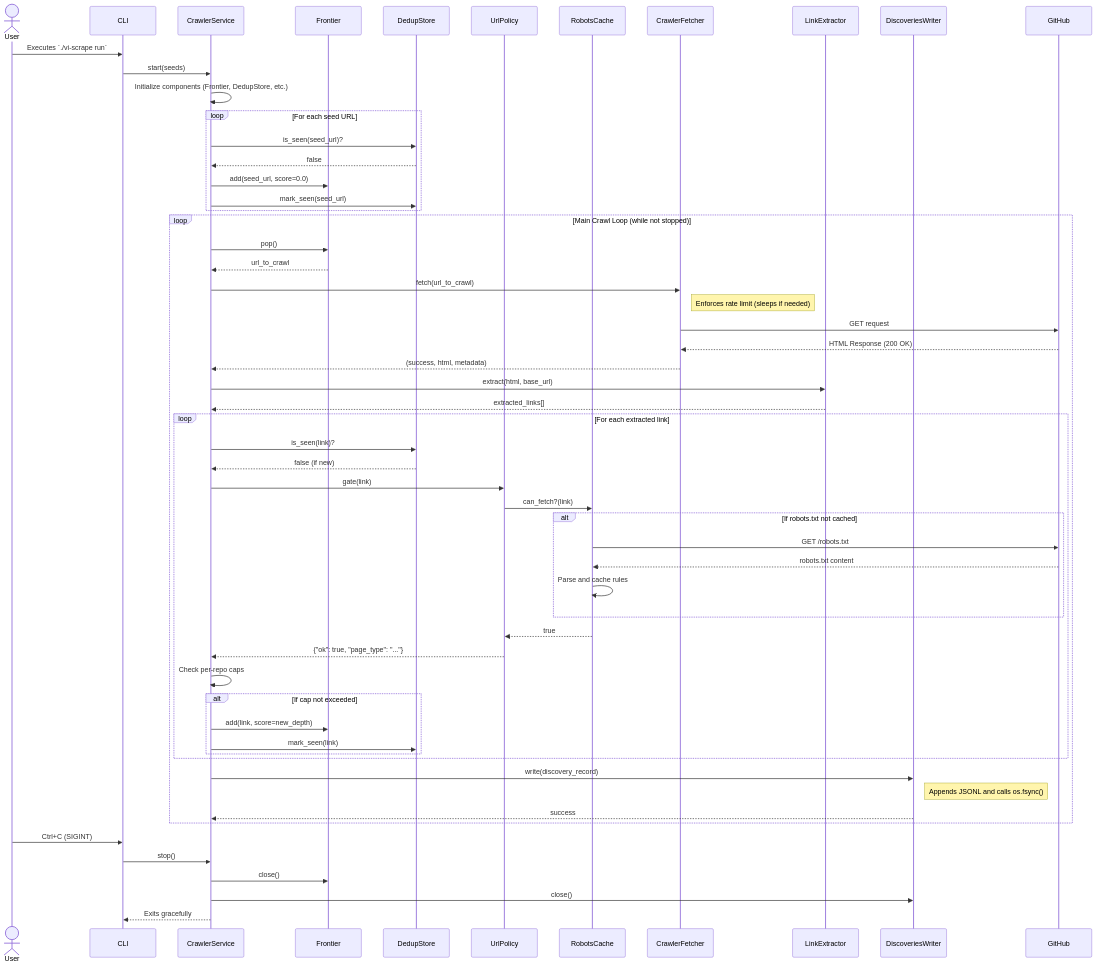
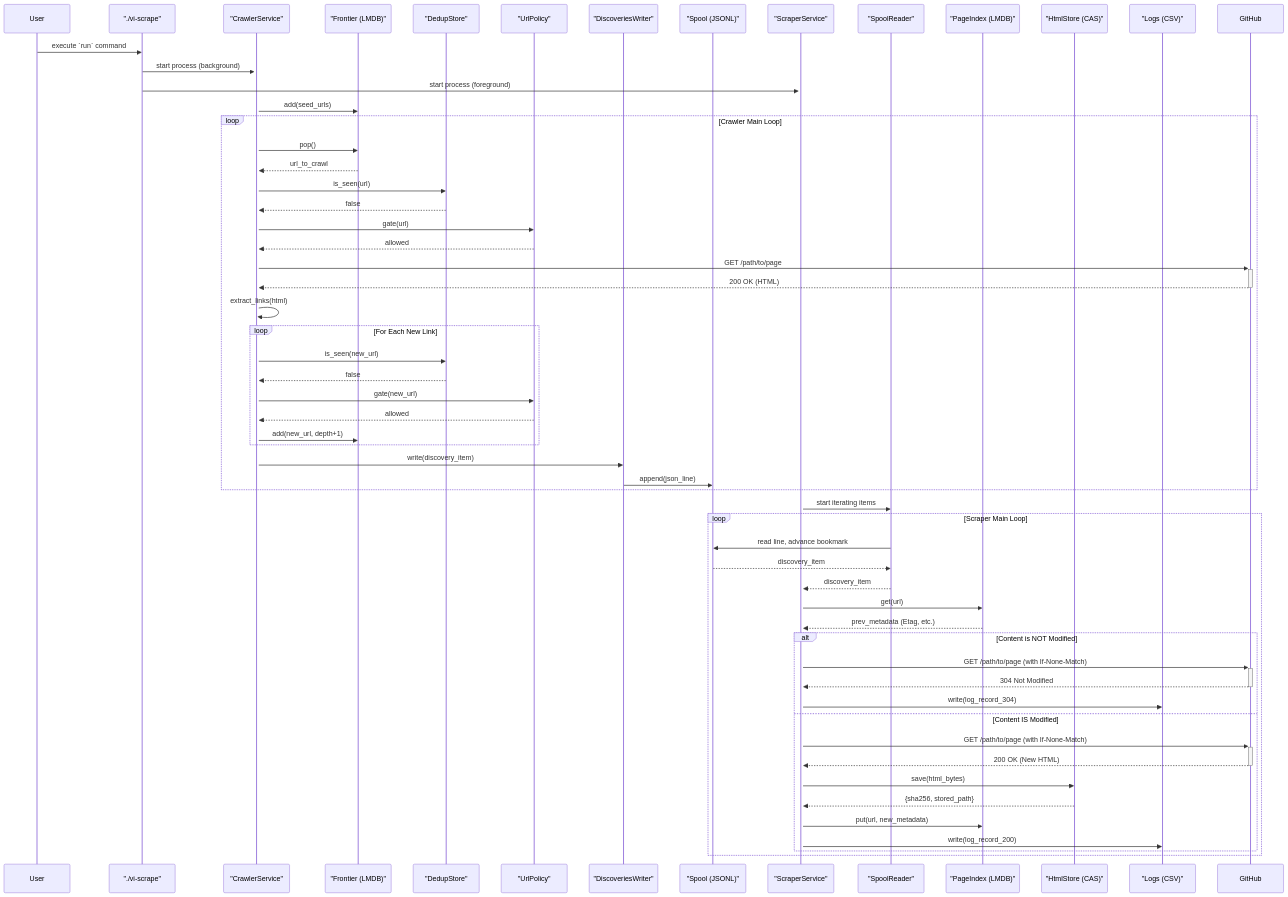
Before and after one commit to andrejvysny/fiit-vinf: the second of 2 diagrams in ARCHITECTURE.md, drawn with Mermaid. The commit also changed other lines of this file and 17 other files, not shown here.

Commit message:
Unified scraper/crawler

````diff
--- a/ARCHITECTURE.md
+++ b/ARCHITECTURE.md
@@ -544,70 +202,82 @@
 ```mermaid
 sequenceDiagram
-    actor User
-    participant CLI
-    participant CrawlerService
-    participant Frontier
-    participant DedupStore
-    participant UrlPolicy
-    participant RobotsCache
-    participant CrawlerFetcher
-    participant LinkExtractor
-    participant DiscoveriesWriter
+    participant User
+    participant CLI as "./vi-scrape"
+    
+    participant Crawler as "CrawlerService"
+    participant Frontier as "Frontier (LMDB)"
+    participant Dedup as "DedupStore"
+    participant Policy as "UrlPolicy"
+    participant C_Writer as "DiscoveriesWriter"
+    participant Spool as "Spool (JSONL)"
+    
+    participant Scraper as "ScraperService"
+    participant S_Reader as "SpoolReader"
+    participant Index as "PageIndex (LMDB)"
+    participant Store as "HtmlStore (CAS)"
+    participant Logs as "Logs (CSV)"
+
     participant GitHub
 
-    User->>CLI: Executes `./vi-scrape run`
-    CLI->>CrawlerService: start(seeds)
-    CrawlerService->>CrawlerService: Initialize components (Frontier, DedupStore, etc.)
-    
-    loop For each seed URL
-        CrawlerService->>DedupStore: is_seen(seed_url)?
-        DedupStore-->>CrawlerService: false
-        CrawlerService->>Frontier: add(seed_url, score=0.0)
-        CrawlerService->>DedupStore: mark_seen(seed_url)
+    User->>CLI: execute `run` command
+    CLI->>+Crawler: start process (background)
+    CLI->>+Scraper: start process (foreground)
+
+    Crawler->>Frontier: add(seed_urls)
+
+    loop Crawler Main Loop
+        Crawler->>Frontier: pop()
+        Frontier-->>Crawler: url_to_crawl
+        
+        Crawler->>Dedup: is_seen(url)
+        Dedup-->>Crawler: false
+        
+        Crawler->>Policy: gate(url)
+        Policy-->>Crawler: allowed
+        
+        Crawler->>+GitHub: GET /path/to/page
+        GitHub-->>-Crawler: 200 OK (HTML)
+        
+        Crawler->>Crawler: extract_links(html)
+        
+        loop For Each New Link
+            Crawler->>Dedup: is_seen(new_url)
+            Dedup-->>Crawler: false
+            
+            Crawler->>Policy: gate(new_url)
+            Policy-->>Crawler: allowed
+            
+            Crawler->>Frontier: add(new_url, depth+1)
+        end
+        
+        Crawler->>C_Writer: write(discovery_item)
+        C_Writer->>Spool: append(json_line)
     end
 
-    loop Main Crawl Loop (while not stopped)
-        CrawlerService->>Frontier: pop()
-        Frontier-->>CrawlerService: url_to_crawl
+    Scraper->>S_Reader: start iterating items
+    loop Scraper Main Loop
+        S_Reader->>Spool: read line, advance bookmark
+        Spool-->>S_Reader: discovery_item
+        S_Reader-->>Scraper: discovery_item
         
-        CrawlerService->>CrawlerFetcher: fetch(url_to_crawl)
-        note right of CrawlerFetcher: Enforces rate limit (sleeps if needed)
-        CrawlerFetcher->>GitHub: GET request
-        GitHub-->>CrawlerFetcher: HTML Response (200 OK)
-        CrawlerFetcher-->>CrawlerService: (success, html, metadata)
-
-        CrawlerService->>LinkExtractor: extract(html, base_url)
-        LinkExtractor-->>CrawlerService: extracted_links[]
-
-        loop For each extracted link
-            CrawlerService->>DedupStore: is_seen(link)?
-            DedupStore-->>CrawlerService: false (if new)
+        Scraper->>Index: get(url)
+        Index-->>Scraper: prev_metadata (Etag, etc.)
+        
+        alt Content is NOT Modified
+            Scraper->>+GitHub: GET /path/to/page (with If-None-Match)
+            GitHub-->>-Scraper: 304 Not Modified
             
-            CrawlerService->>UrlPolicy: gate(link)
-            UrlPolicy->>RobotsCache: can_fetch?(link)
-            alt If robots.txt not cached
-                RobotsCache->>GitHub: GET /robots.txt
-                GitHub-->>RobotsCache: robots.txt content
-                RobotsCache->>RobotsCache: Parse and cache rules
-            end
-            RobotsCache-->>UrlPolicy: true
-            UrlPolicy-->>CrawlerService: {"ok": true, "page_type": "..."}
-
-            CrawlerService->>CrawlerService: Check per-repo caps
-            alt If cap not exceeded
-                CrawlerService->>Frontier: add(link, score=new_depth)
-                CrawlerService->>DedupStore: mark_seen(link)
-            end
+            Scraper->>Logs: write(log_record_304)
+        else Content IS Modified
+            Scraper->>+GitHub: GET /path/to/page (with If-None-Match)
+            GitHub-->>-Scraper: 200 OK (New HTML)
+            
+            Scraper->>Store: save(html_bytes)
+            Store-->>Scraper: {sha256, stored_path}
+            
+            Scraper->>Index: put(url, new_metadata)
+            
+            Scraper->>Logs: write(log_record_200)
         end
-
-        CrawlerService->>DiscoveriesWriter: write(discovery_record)
-        note right of DiscoveriesWriter: Appends JSONL and calls os.fsync()
-        DiscoveriesWriter-->>CrawlerService: success
     end
-    
-    User->>CLI: Ctrl+C (SIGINT)
-    CLI->>CrawlerService: stop()
-    CrawlerService->>Frontier: close()
-    CrawlerService->>DiscoveriesWriter: close()
-    CrawlerService-->>CLI: Exits gracefully
 ```
````
